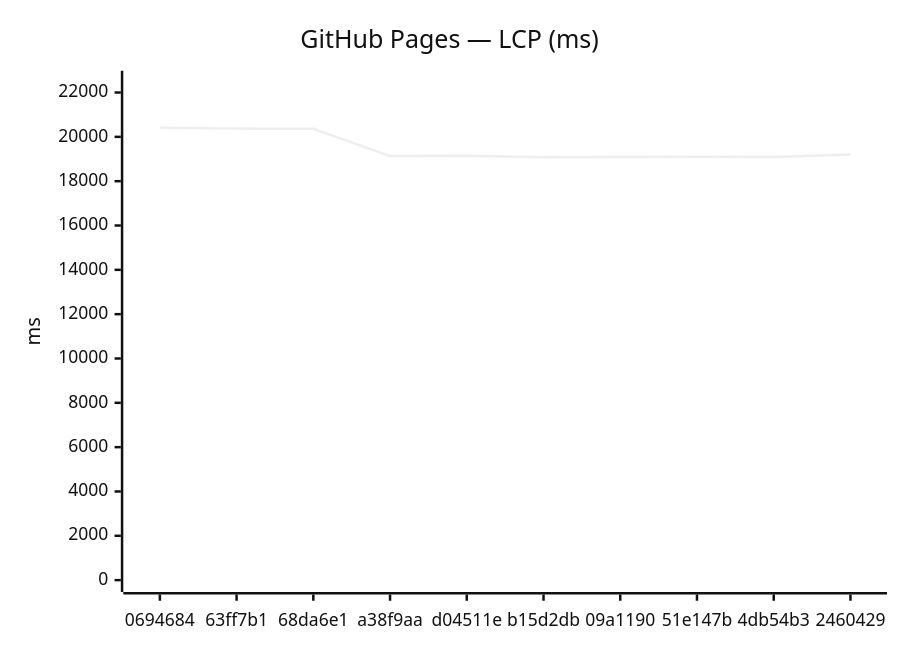
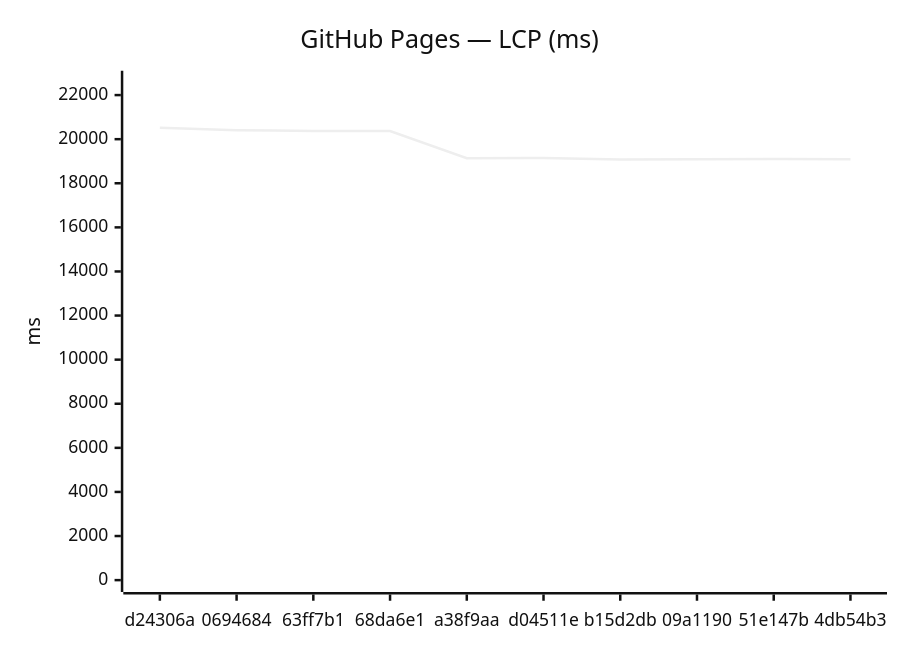
One commit to Metaheurist/Rianell changed the third of 18 diagrams in benchmarks/compare.md. Above: the diagram before and after it, drawn with Mermaid (neutral theme). The commit also changed other lines of this file and 11 other files, not shown here.

````diff
--- a/benchmarks/compare.md
+++ b/benchmarks/compare.md
@@ -54,7 +54,7 @@
 ```mermaid
 xychart-beta
     title "GitHub Pages — LCP (ms)"
-    x-axis ["0694684", "63ff7b1", "68da6e1", "a38f9aa", "d04511e", "b15d2db", "09a1190", "51e147b", "4db54b3", "2460429"]
-    y-axis "ms" 0 --> 22447
-    line [20406, 20374, 20366, 19133, 19145, 19077, 19086, 19101, 19086, 19199]
+    x-axis ["d24306a", "0694684", "63ff7b1", "68da6e1", "a38f9aa", "d04511e", "b15d2db", "09a1190", "51e147b", "4db54b3"]
+    y-axis "ms" 0 --> 22565
+    line [20513, 20406, 20374, 20366, 19133, 19145, 19077, 19086, 19101, 19086]
 ```
````
